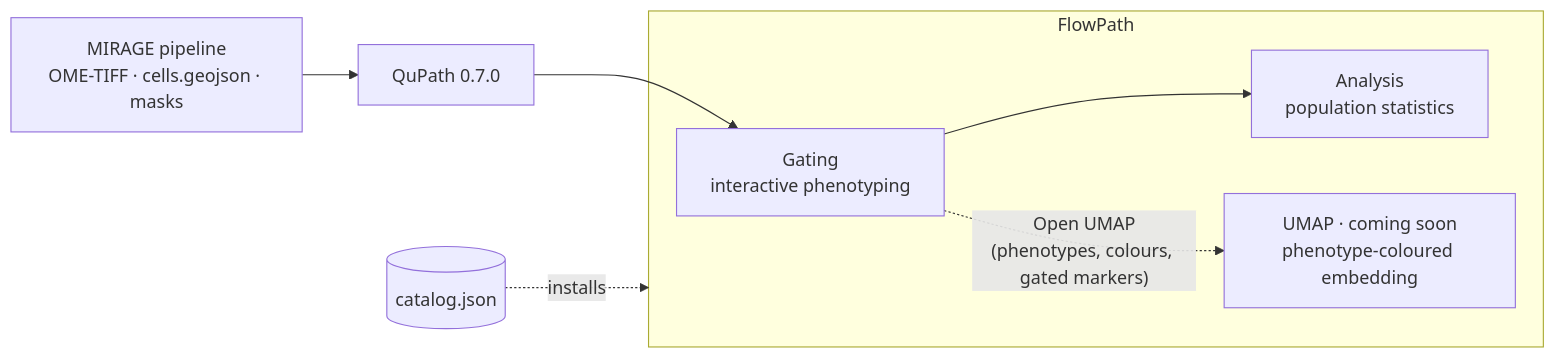
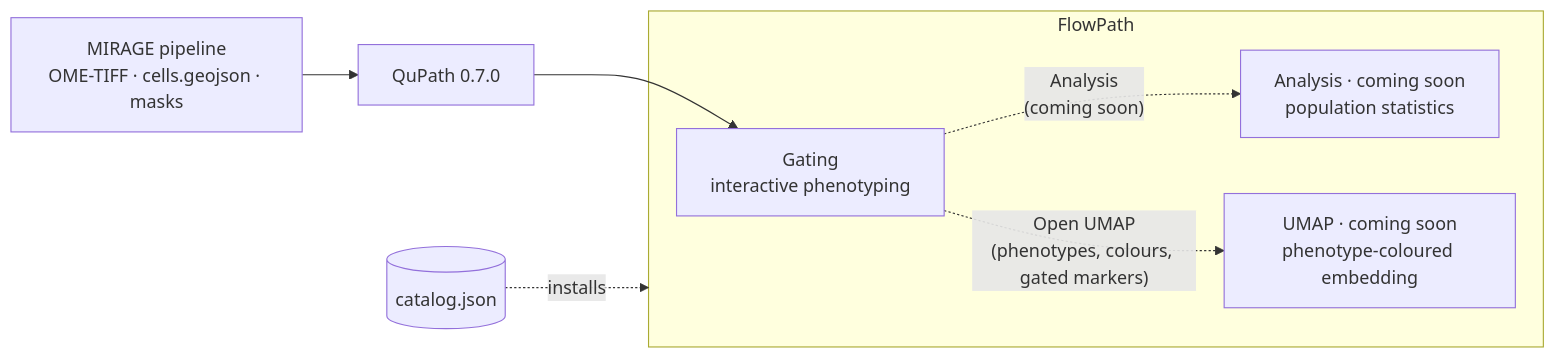
One commit to sceriff0/flowpath changed the diagram in docs/index.md. Above: the diagram before and after it, drawn with Mermaid. The commit also changed other lines of this file and 8 other files, not shown here.

````diff
--- a/docs/index.md
+++ b/docs/index.md
@@ -56,13 +58,13 @@
 ```mermaid
 flowchart LR
     M[MIRAGE pipeline<br/>OME-TIFF · cells.geojson · masks] --> Q[QuPath 0.7.0]
     subgraph FP[FlowPath]
       GT[Gating<br/>interactive phenotyping]
-      AN[Analysis<br/>population statistics]
+      AN[Analysis · coming soon<br/>population statistics]
       UM[UMAP · coming soon<br/>phenotype-coloured embedding]
-      GT --> AN
+      GT -.->|"Analysis<br/>(coming soon)"| AN
       GT -.->|"Open UMAP<br/>(phenotypes, colours, gated markers)"| UM
     end
     Q --> GT
     CAT[(catalog.json)] -. installs .-> FP
 ```
````
